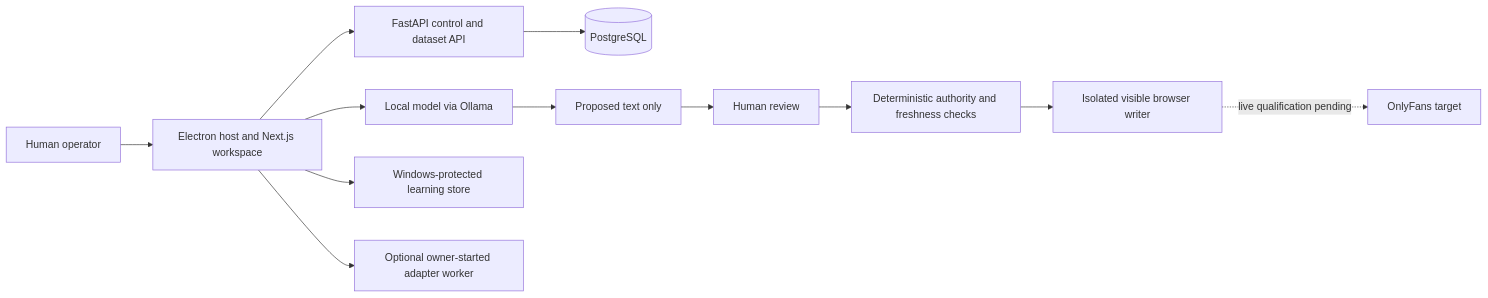
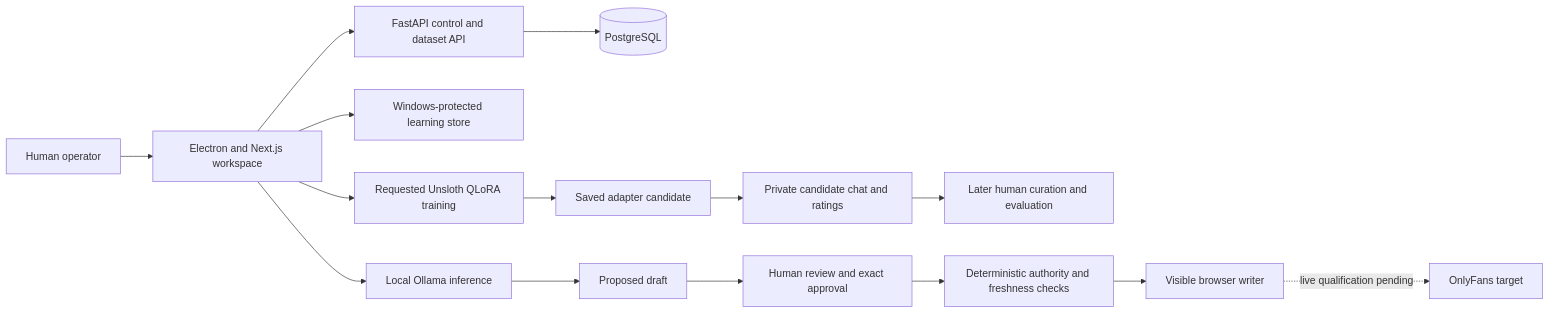
One commit to nguyen0319/rapport-builder changed the diagram in README.md. Above: the diagram before and after it, drawn with Mermaid. The commit also changed other lines of this file and 6 other files, not shown here.

Commit message:
Showcase Chatter Control 0.10.0 candidate chat and training workflow

````diff
--- a/README.md
+++ b/README.md
@@ -54,14 +70,17 @@
 ```mermaid
 flowchart LR
-    O[Human operator] --> UI[Electron host and Next.js workspace]
+    O[Human operator] --> UI[Electron and Next.js workspace]
     UI --> API[FastAPI control and dataset API]
     API --> DB[(PostgreSQL)]
-    UI --> L[Local model via Ollama]
-    L --> D[Proposed text only]
-    D --> R[Human review]
-    R --> G[Deterministic authority and freshness checks]
-    G --> B[Isolated visible browser writer]
-    B -. live qualification pending .-> P[OnlyFans target]
     UI --> S[Windows-protected learning store]
-    UI --> T[Optional owner-started adapter worker]
+    UI --> L[Local Ollama inference]
+    UI --> T[Requested Unsloth QLoRA training]
+    T --> C[Saved adapter candidate]
+    C --> P[Private candidate chat and ratings]
+    P --> R[Later human curation and evaluation]
+    L --> D[Proposed draft]
+    D --> H[Human review and exact approval]
+    H --> G[Deterministic authority and freshness checks]
+    G --> B[Visible browser writer]
+    B -. live qualification pending .-> W[OnlyFans target]
 ```
````
